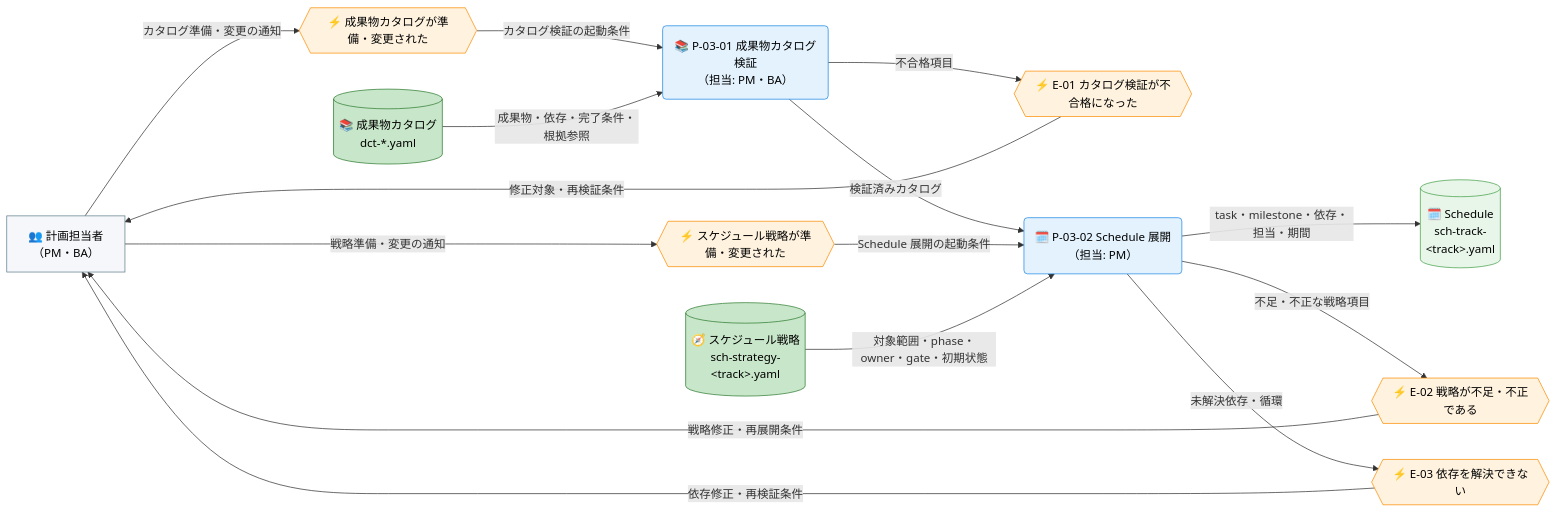
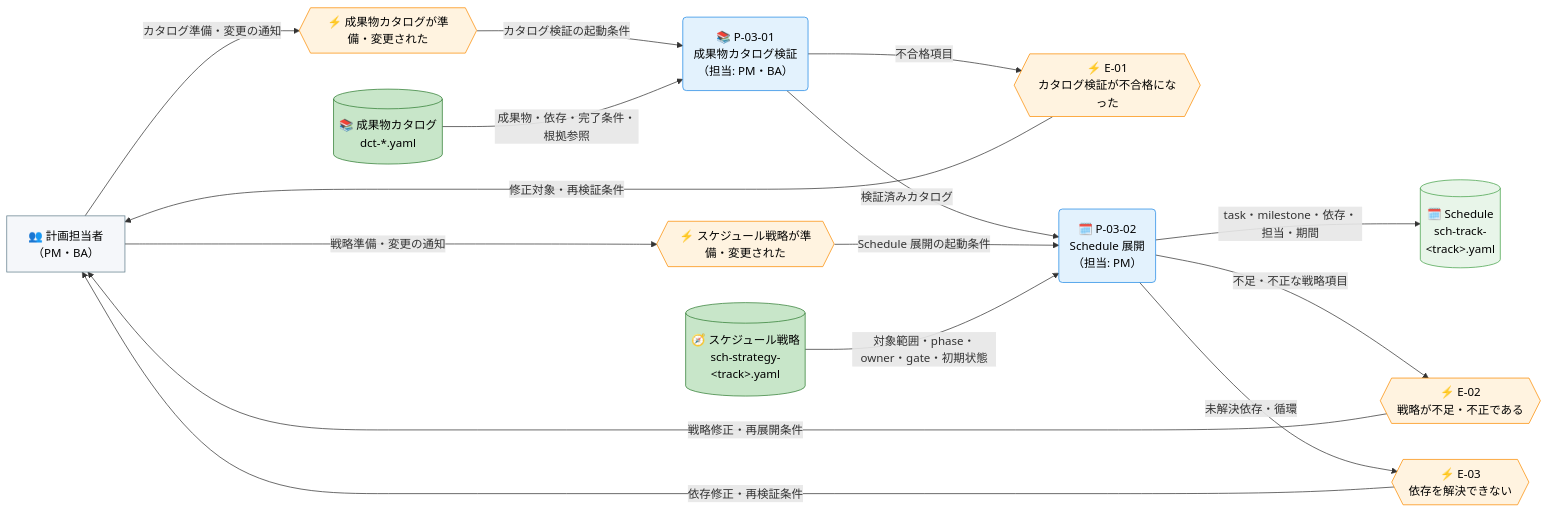
Before and after one commit to specdojo/specdojo: the first of 2 diagrams in docs/ja/product/010-business-specs/010-data-flow/cdfd-catalog-planning.md, drawn with Mermaid. The commit also changed other lines of this file and 7 other files, not shown here.

````diff
--- a/docs/ja/product/010-business-specs/010-data-flow/cdfd-catalog-planning.md
+++ b/docs/ja/product/010-business-specs/010-data-flow/cdfd-catalog-planning.md
@@ -55,45 +55,45 @@
 ```mermaid
 flowchart LR
   classDef process fill:#e3f2fd,stroke:#1e88e5,color:#000
   classDef event fill:#fff3e0,stroke:#fb8c00,color:#000
   classDef storeMaster fill:#c8e6c9,stroke:#2e7d32,color:#000
   classDef storeTransaction fill:#e8f5e9,stroke:#43a047,color:#000
   classDef actor fill:#f5f7fa,stroke:#607d8b,color:#000
 
   計画担当者["👥 計画担当者<br>（PM・BA）"]
 
   カタログ更新{{"⚡ 成果物カタログが準備・変更された"}}
   戦略更新{{"⚡ スケジュール戦略が準備・変更された"}}
-  カタログ不合格{{"⚡ E-01 カタログ検証が不合格になった"}}
-  戦略不足{{"⚡ E-02 戦略が不足・不正である"}}
-  依存解決失敗{{"⚡ E-03 依存を解決できない"}}
+  カタログ不合格{{"⚡ E-01<br>カタログ検証が不合格になった"}}
+  戦略不足{{"⚡ E-02<br>戦略が不足・不正である"}}
+  依存解決失敗{{"⚡ E-03<br>依存を解決できない"}}
 
-  カタログ検証("📚 P-03-01 成果物カタログ検証<br>（担当: PM・BA）")
-  Schedule展開("🗓️ P-03-02 Schedule 展開<br>（担当: PM）")
+  カタログ検証("📚 P-03-01<br>成果物カタログ検証<br>（担当: PM・BA）")
+  Schedule展開("🗓️ P-03-02<br>Schedule 展開<br>（担当: PM）")
 
   成果物カタログ[("📚 成果物カタログ<br>dct-*.yaml")]
   スケジュール戦略[("🧭 スケジュール戦略<br>sch-strategy-<br>&lt;track&gt;.yaml")]
   Schedule[("🗓️ Schedule<br>sch-track-<br>&lt;track&gt;.yaml")]
 
   計画担当者 -->|"カタログ準備・変更の通知"| カタログ更新
   カタログ更新 -->|"カタログ検証の起動条件"| カタログ検証
   成果物カタログ -->|"成果物・依存・完了条件・根拠参照"| カタログ検証
   カタログ検証 -->|"検証済みカタログ"| Schedule展開
   カタログ検証 -->|"不合格項目"| カタログ不合格
   カタログ不合格 -->|"修正対象・再検証条件"| 計画担当者
 
   計画担当者 -->|"戦略準備・変更の通知"| 戦略更新
   戦略更新 -->|"Schedule 展開の起動条件"| Schedule展開
   スケジュール戦略 -->|"対象範囲・phase・owner・gate・初期状態"| Schedule展開
   Schedule展開 -->|"task・milestone・依存・担当・期間"| Schedule
   Schedule展開 -->|"不足・不正な戦略項目"| 戦略不足
   Schedule展開 -->|"未解決依存・循環"| 依存解決失敗
   戦略不足 -->|"戦略修正・再展開条件"| 計画担当者
   依存解決失敗 -->|"依存修正・再検証条件"| 計画担当者
 
   class カタログ検証,Schedule展開 process
   class カタログ更新,戦略更新,カタログ不合格,戦略不足,依存解決失敗 event
   class 成果物カタログ,スケジュール戦略 storeMaster
   class Schedule storeTransaction
   class 計画担当者 actor
 ```
````
